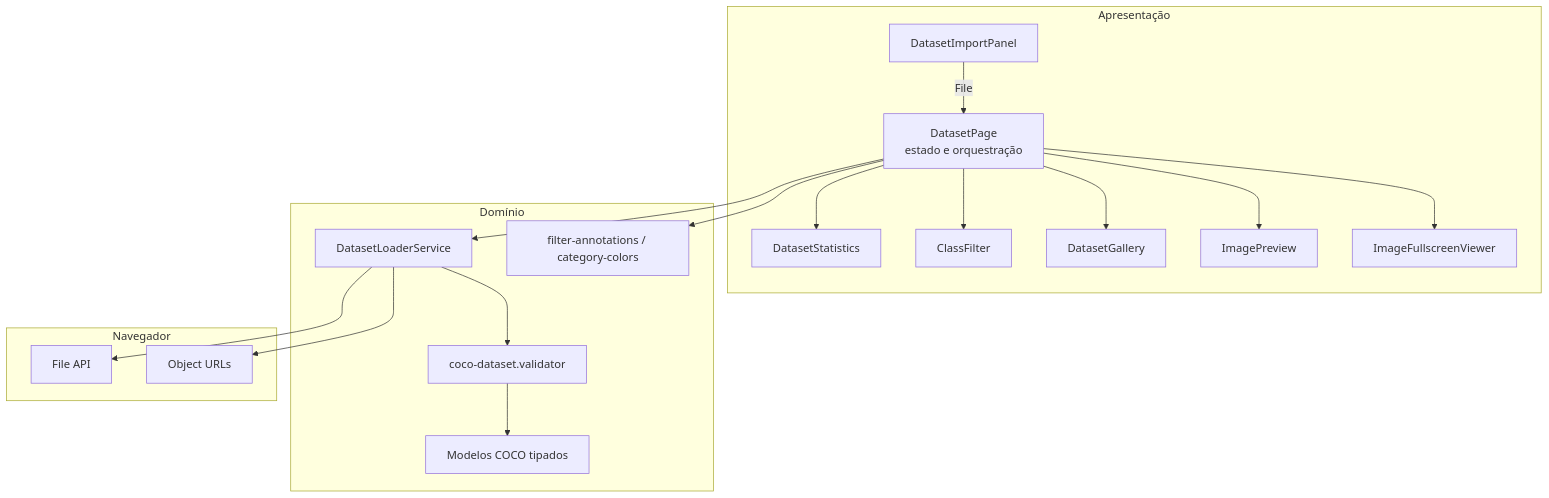
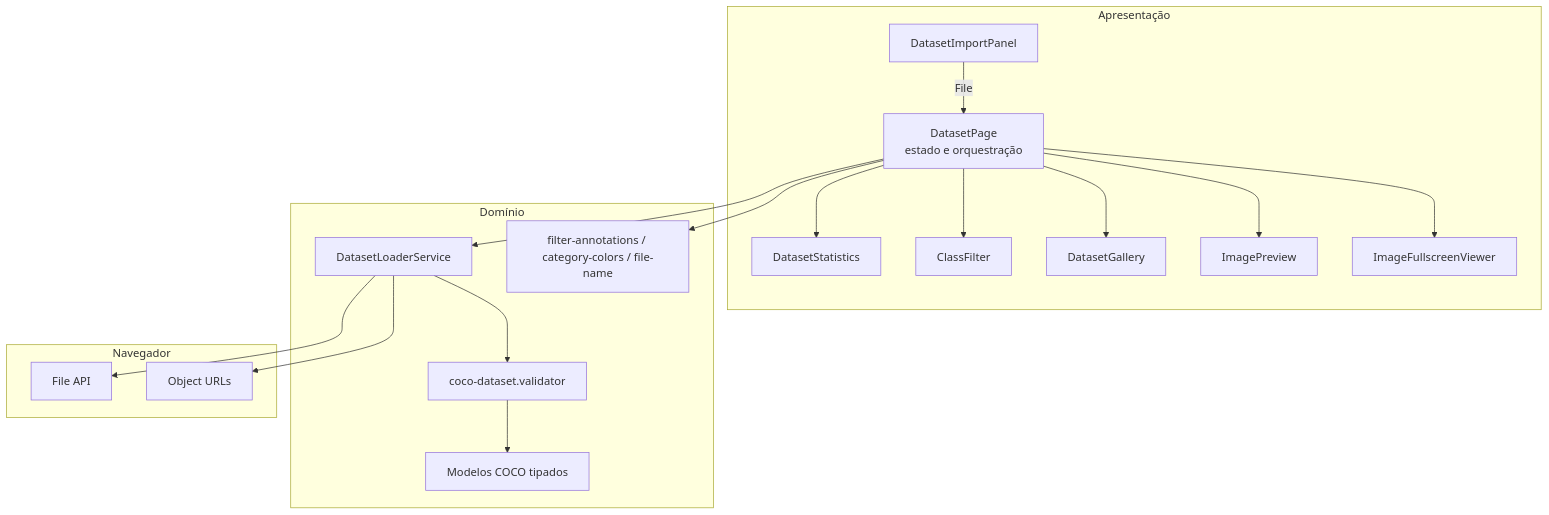
One commit to Bercam/epi-vision-dataset changed the first of 4 diagrams in docs/arquitetura.md. Above: the diagram before and after it, drawn with Mermaid. The commit also changed other lines of this file and 13 other files, not shown here.

````diff
--- a/docs/arquitetura.md
+++ b/docs/arquitetura.md
@@ -19,37 +19,37 @@
 ```mermaid
 flowchart TD
     subgraph Apresentação
         Page[DatasetPage<br/>estado e orquestração]
         Import[DatasetImportPanel]
         Stats[DatasetStatistics]
         Filter[ClassFilter]
         Gallery[DatasetGallery]
         Preview[ImagePreview]
         Fullscreen[ImageFullscreenViewer]
     end
 
     subgraph Domínio
         Loader[DatasetLoaderService]
         Validator[coco-dataset.validator]
-        Utils[filter-annotations / category-colors]
+        Utils[filter-annotations / category-colors / file-name]
         Models[Modelos COCO tipados]
     end
 
     subgraph Navegador
         Files[File API]
         URLs[Object URLs]
     end
 
     Import -->|File| Page
     Page --> Loader
     Loader --> Validator
     Validator --> Models
     Page --> Utils
     Page --> Stats
     Page --> Filter
     Page --> Gallery
     Page --> Preview
     Page --> Fullscreen
     Loader --> Files
     Loader --> URLs
 ```
````
